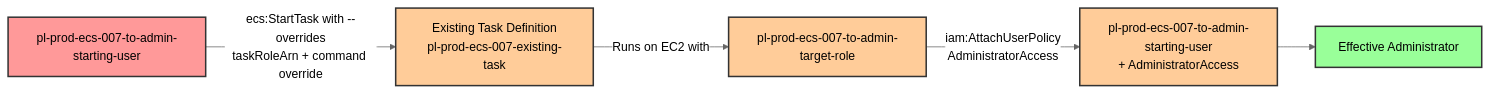
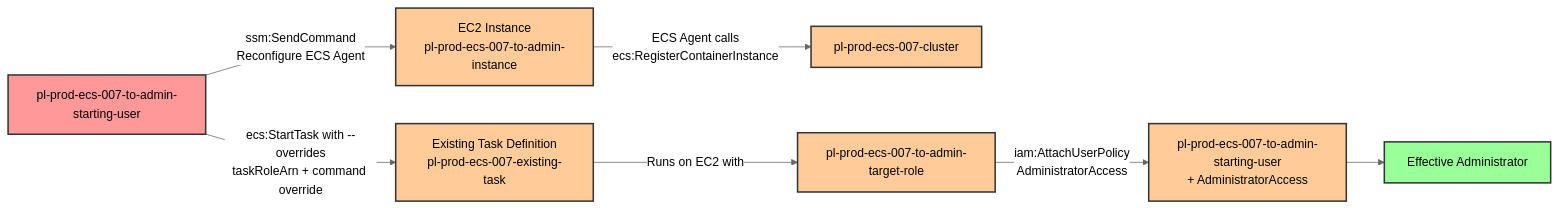
One commit to DataDog/pathfinding-labs changed the diagram in modules/scenarios/single-account/privesc-one-hop/to-admin/ecs-007-iam-passrole+ecs-starttask+ecs-registercontainerinstance/README.md. Above: the diagram before and after it, drawn with Mermaid (neutral theme). The commit also changed other lines of this file and 15 other files, not shown here.

````diff
--- a/modules/scenarios/single-account/privesc-one-hop/to-admin/ecs-007-iam-passrole+ecs-starttask+ecs-registercontainerinstance/README.md
+++ b/modules/scenarios/single-account/privesc-one-hop/to-admin/ecs-007-iam-passrole+ecs-starttask+ecs-registercontainerinstance/README.md
@@ -28,13 +28,17 @@
 ```mermaid
 graph LR
-    A[pl-prod-ecs-007-to-admin-starting-user] -->|ecs:StartTask with --overrides<br/>taskRoleArn + command override| B[Existing Task Definition<br/>pl-prod-ecs-007-existing-task]
-    B -->|Runs on EC2 with| C[pl-prod-ecs-007-to-admin-target-role]
-    C -->|iam:AttachUserPolicy<br/>AdministratorAccess| D[pl-prod-ecs-007-to-admin-starting-user<br/>+ AdministratorAccess]
-    D --> E[Effective Administrator]
+    A[pl-prod-ecs-007-to-admin-starting-user] -->|ssm:SendCommand<br/>Reconfigure ECS Agent| B[EC2 Instance<br/>pl-prod-ecs-007-to-admin-instance]
+    B -->|ECS Agent calls<br/>ecs:RegisterContainerInstance| C[pl-prod-ecs-007-cluster]
+    A -->|ecs:StartTask with --overrides<br/>taskRoleArn + command override| D[Existing Task Definition<br/>pl-prod-ecs-007-existing-task]
+    D -->|Runs on EC2 with| E[pl-prod-ecs-007-to-admin-target-role]
+    E -->|iam:AttachUserPolicy<br/>AdministratorAccess| F[pl-prod-ecs-007-to-admin-starting-user<br/>+ AdministratorAccess]
+    F --> G[Effective Administrator]
 
     style A fill:#ff9999,stroke:#333,stroke-width:2px
     style B fill:#ffcc99,stroke:#333,stroke-width:2px
     style C fill:#ffcc99,stroke:#333,stroke-width:2px
     style D fill:#ffcc99,stroke:#333,stroke-width:2px
-    style E fill:#99ff99,stroke:#333,stroke-width:2px
+    style E fill:#ffcc99,stroke:#333,stroke-width:2px
+    style F fill:#ffcc99,stroke:#333,stroke-width:2px
+    style G fill:#99ff99,stroke:#333,stroke-width:2px
 ```
````
